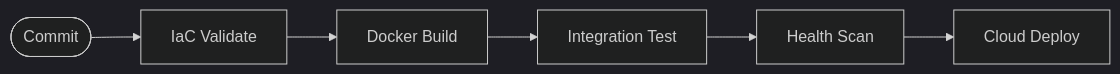
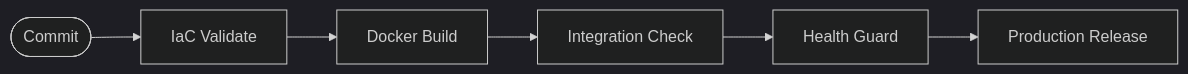
Before and after one commit to 01Sachinc/enterprise-devops-pipeline: the second of 2 diagrams in README.md, drawn with Mermaid (dark theme). The commit also changed other lines of this file and 8 other files, not shown here.

````diff
--- a/README.md
+++ b/README.md
@@ -42,8 +37,8 @@
 ```mermaid
 graph LR
-    Start([Commit]) --> Terraform[IaC Validate]
-    Terraform --> Build[Docker Build]
-    Build --> Test[Integration Test]
-    Test --> Monitor[Health Scan]
-    Monitor --> Deploy[Cloud Deploy]
+    Start([Commit]) --> Valid[IaC Validate]
+    Valid --> Build[Docker Build]
+    Build --> Integ[Integration Check]
+    Integ --> Watch[Health Guard]
+    Watch --> Product[Production Release]
 ```
````
